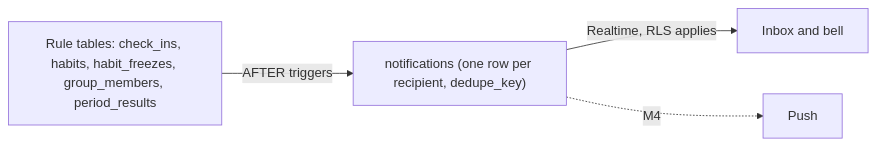
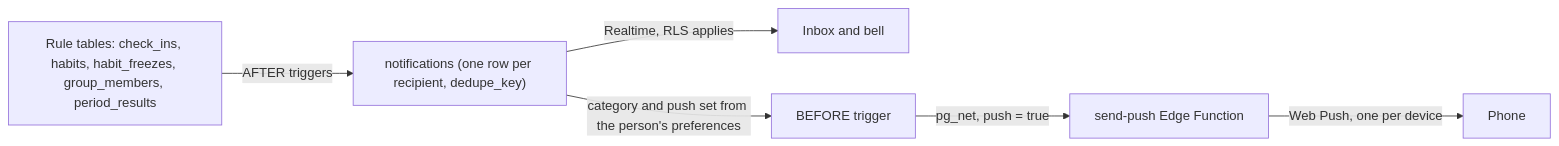
The third of 4 diagrams in docs/architecture.md (naum-4ik/keepup), drawn with Mermaid before and after one commit. The commit also changed other lines of this file and 1 other file, not shown here.

First line of the commit message:
docs: architecture diagrams, free-tier limits and a fuller scaling plan

````diff
--- a/docs/architecture.md
+++ b/docs/architecture.md
@@ -36,6 +78,8 @@
 ```mermaid
 flowchart LR
     Rules["Rule tables: check_ins, habits, habit_freezes, group_members, period_results"] -->|AFTER triggers| N["notifications (one row per recipient, dedupe_key)"]
     N -->|Realtime, RLS applies| Inbox["Inbox and bell"]
-    N -.->|M4| Push["Push"]
+    N -->|category and push set from the person's preferences| Prefs["BEFORE trigger"]
+    Prefs -->|pg_net, push = true| Send["send-push Edge Function"]
+    Send -->|Web Push, one per device| Device["Phone"]
 ```
````
